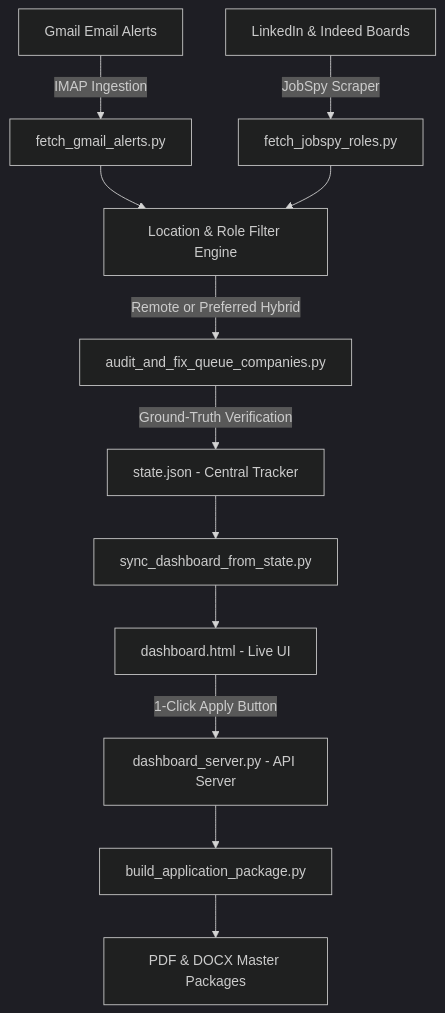
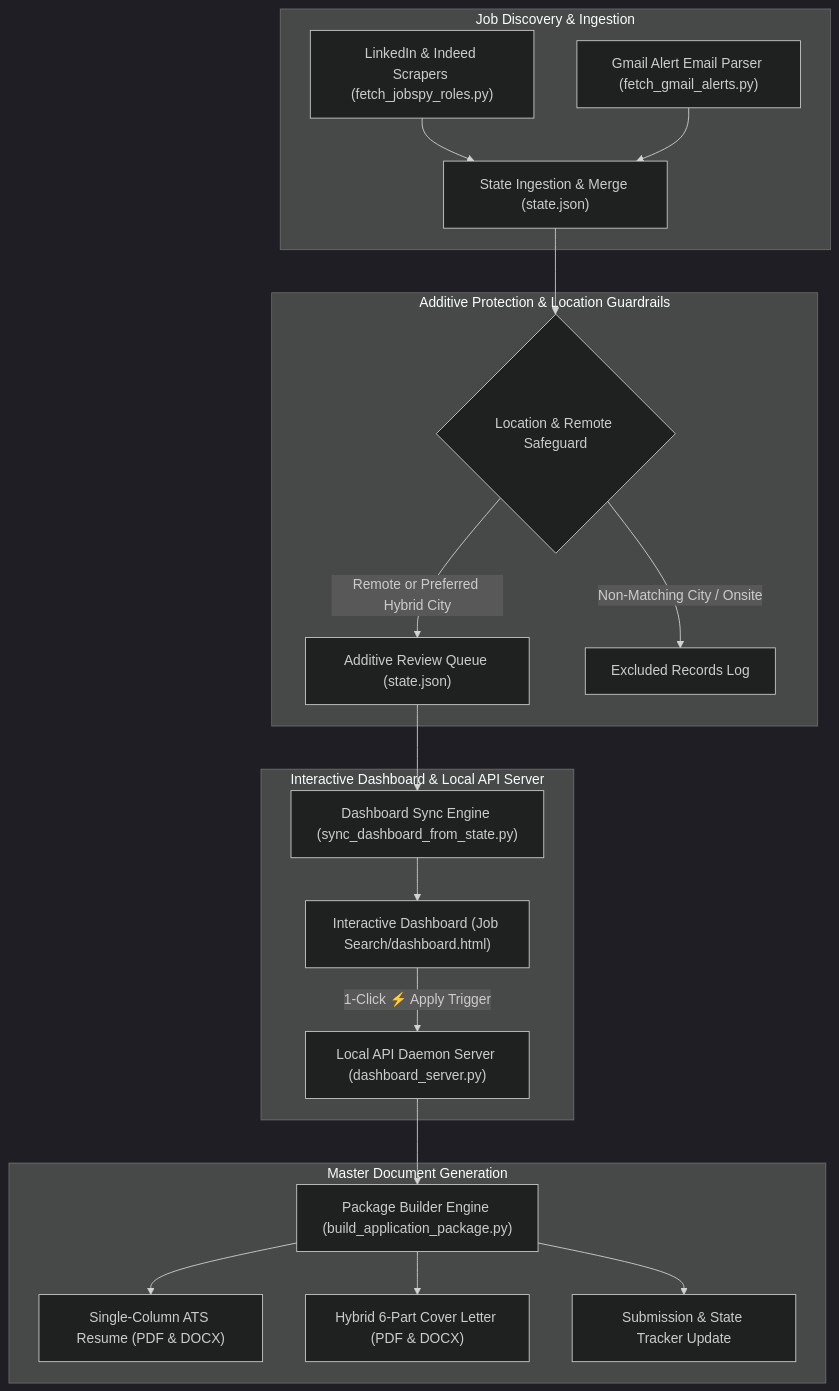
One commit to Cask-Hound-Digital/job_search_agent changed the diagram in README.md. Above: the diagram before and after it, drawn with Mermaid (dark theme). The commit also changed other lines of this file and 1 other file, not shown here.

Commit message:
Public Release: Remove all personal experience, schooling, companies, dates, and titles into generic placeholders

````diff
--- a/README.md
+++ b/README.md
@@ -9,14 +28,26 @@
 ```mermaid
 flowchart TD
-    A[Gmail Email Alerts] -->|IMAP Ingestion| B[fetch_gmail_alerts.py]
-    C[LinkedIn & Indeed Boards] -->|JobSpy Scraper| D[fetch_jobspy_roles.py]
-    B --> E[Location & Role Filter Engine]
-    D --> E
-    E -->|"Remote or Preferred Hybrid"| F[audit_and_fix_queue_companies.py]
-    F -->|Ground-Truth Verification| G[state.json - Central Tracker]
-    G --> H[sync_dashboard_from_state.py]
-    H --> I[dashboard.html - Live UI]
-    I -->|1-Click Apply Button| J[dashboard_server.py - API Server]
-    J --> K[build_application_package.py]
-    K --> L[PDF & DOCX Master Packages]
+    subgraph Job Discovery & Ingestion
+        A["LinkedIn & Indeed Scrapers (fetch_jobspy_roles.py)"] --> B["State Ingestion & Merge (state.json)"]
+        C["Gmail Alert Email Parser (fetch_gmail_alerts.py)"] --> B
+    end
+
+    subgraph Additive Protection & Location Guardrails
+        B --> D{"Location & Remote Safeguard"}
+        D -->|"Remote or Preferred Hybrid City"| E["Additive Review Queue (state.json)"]
+        D -->|"Non-Matching City / Onsite"| F["Excluded Records Log"]
+    end
+
+    subgraph Interactive Dashboard & Local API Server
+        E --> G["Dashboard Sync Engine (sync_dashboard_from_state.py)"]
+        G --> H["Interactive Dashboard (Job Search/dashboard.html)"]
+        H -->|"1-Click ⚡ Apply Trigger"| I["Local API Daemon Server (dashboard_server.py)"]
+    end
+
+    subgraph Master Document Generation
+        I --> J["Package Builder Engine (build_application_package.py)"]
+        J --> K["Single-Column ATS Resume (PDF & DOCX)"]
+        J --> L["Hybrid 6-Part Cover Letter (PDF & DOCX)"]
+        J --> M["Submission & State Tracker Update"]
+    end
 ```
````
